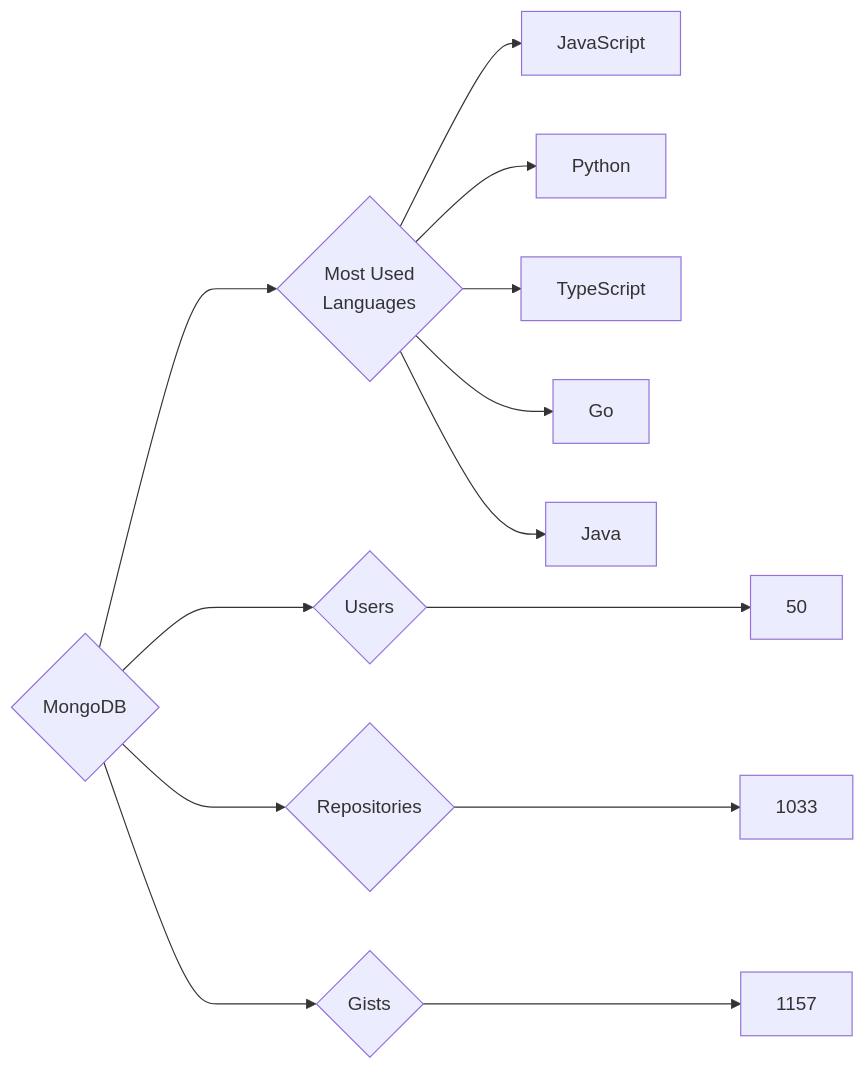
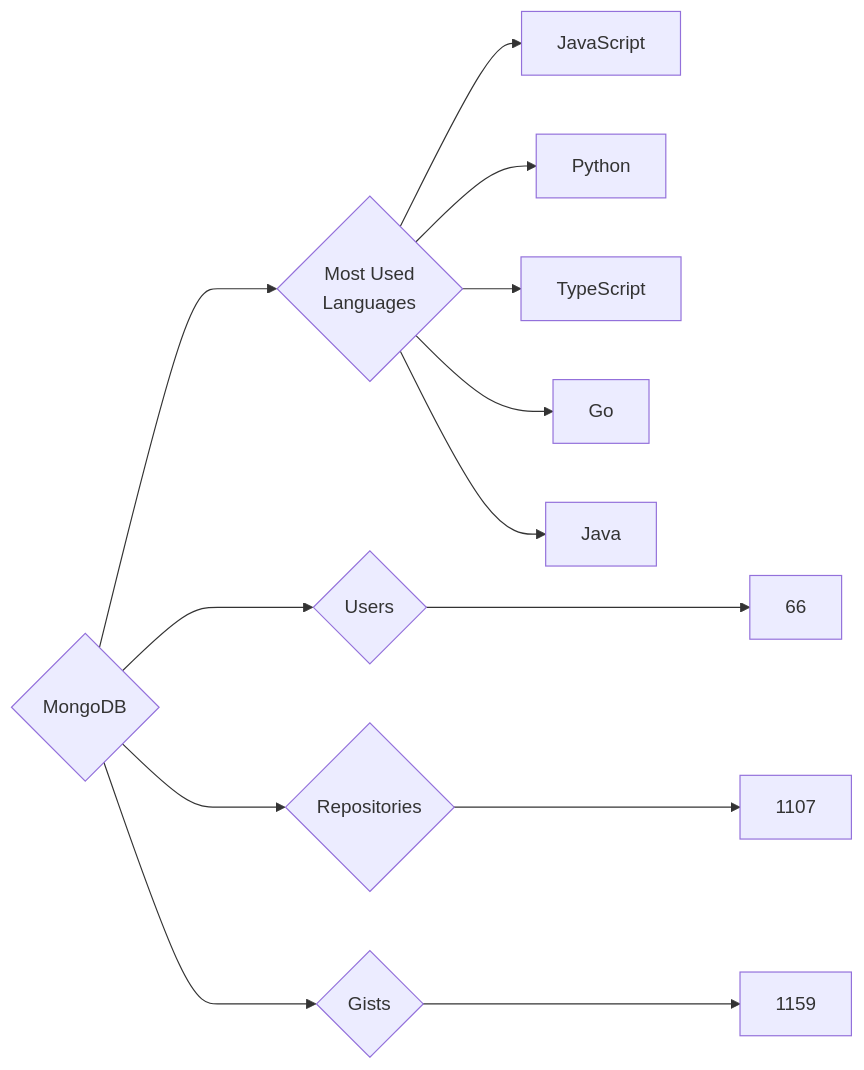
The diagram in targets/MongoDB/README.md (trickest/insiders), drawn with Mermaid before and after one commit. The commit also changed 939 other files, not shown here.

````diff
--- a/targets/MongoDB/README.md
+++ b/targets/MongoDB/README.md
@@ -3,13 +3,13 @@
 ```mermaid
 graph LR
 COMPANY_NAME{MongoDB}
-COMPANY_NAME ---> U{Users} ---> UN[50]
-COMPANY_NAME ---> R{Repositories} ---> RN[1033]
-COMPANY_NAME ---> G{Gists} ---> GN[1157]
+COMPANY_NAME ---> U{Users} ---> UN[66]
+COMPANY_NAME ---> R{Repositories} ---> RN[1107]
+COMPANY_NAME ---> G{Gists} ---> GN[1159]
 COMPANY_NAME ---> ML{Most Used<br>Languages}
 ML --> JavaScript[JavaScript]
 ML --> Python[Python]
 ML --> TypeScript[TypeScript]
 ML --> Go[Go]
 ML --> Java[Java]
 ```
````
